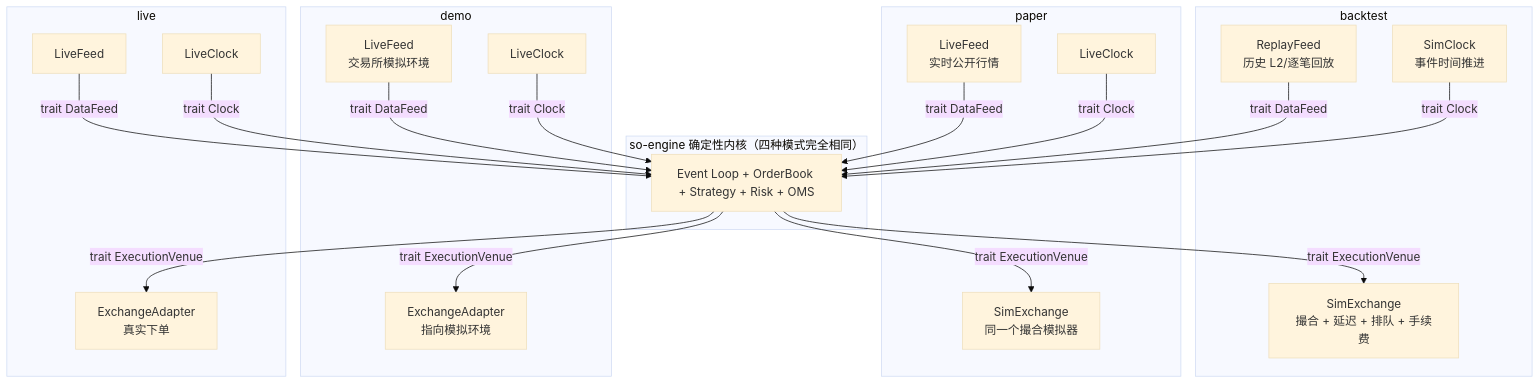
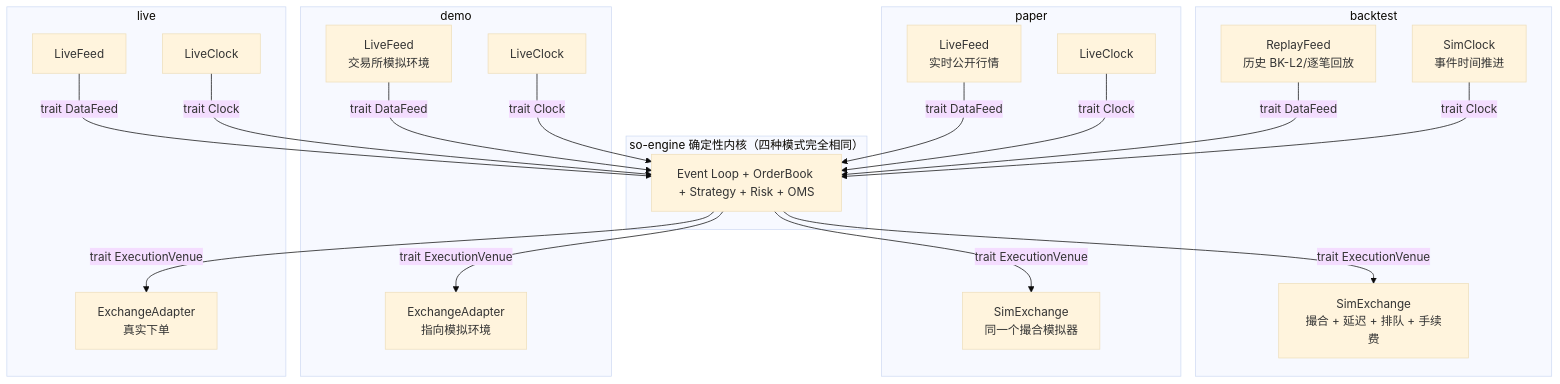
Before and after one commit to mensorigo/StrateOrigo: the fourth of 7 diagrams in docs/01-architecture.md, drawn with Mermaid (base theme). The commit also changed other lines of this file and 14 other files, not shown here.

````diff
--- a/docs/01-architecture.md
+++ b/docs/01-architecture.md
@@ -199,34 +199,34 @@
 ```mermaid
 flowchart TB
     subgraph KERNEL["so-engine 确定性内核（四种模式完全相同）"]
         E["Event Loop + OrderBook + Strategy + Risk + OMS"]
     end
 
     subgraph BT["backtest"]
-        BTD["ReplayFeed<br/>历史 L2/逐笔回放"]
+        BTD["ReplayFeed<br/>历史 BK-L2/逐笔回放"]
         BTC["SimClock<br/>事件时间推进"]
         BTX["SimExchange<br/>撮合 + 延迟 + 排队 + 手续费"]
     end
 
     subgraph PP["paper"]
         PPD["LiveFeed<br/>实时公开行情"]
         PPC["LiveClock"]
         PPX["SimExchange<br/>同一个撮合模拟器"]
     end
 
     subgraph DM["demo"]
         DMD["LiveFeed<br/>交易所模拟环境"]
         DMC["LiveClock"]
         DMX["ExchangeAdapter<br/>指向模拟环境"]
     end
 
     subgraph LV["live"]
         LVD["LiveFeed"]
         LVC["LiveClock"]
         LVX["ExchangeAdapter<br/>真实下单"]
     end
 
     BTD & PPD & DMD & LVD -->|"trait DataFeed"| E
     BTC & PPC & DMC & LVC -->|"trait Clock"| E
     E -->|"trait ExecutionVenue"| BTX & PPX & DMX & LVX
 ```
````
